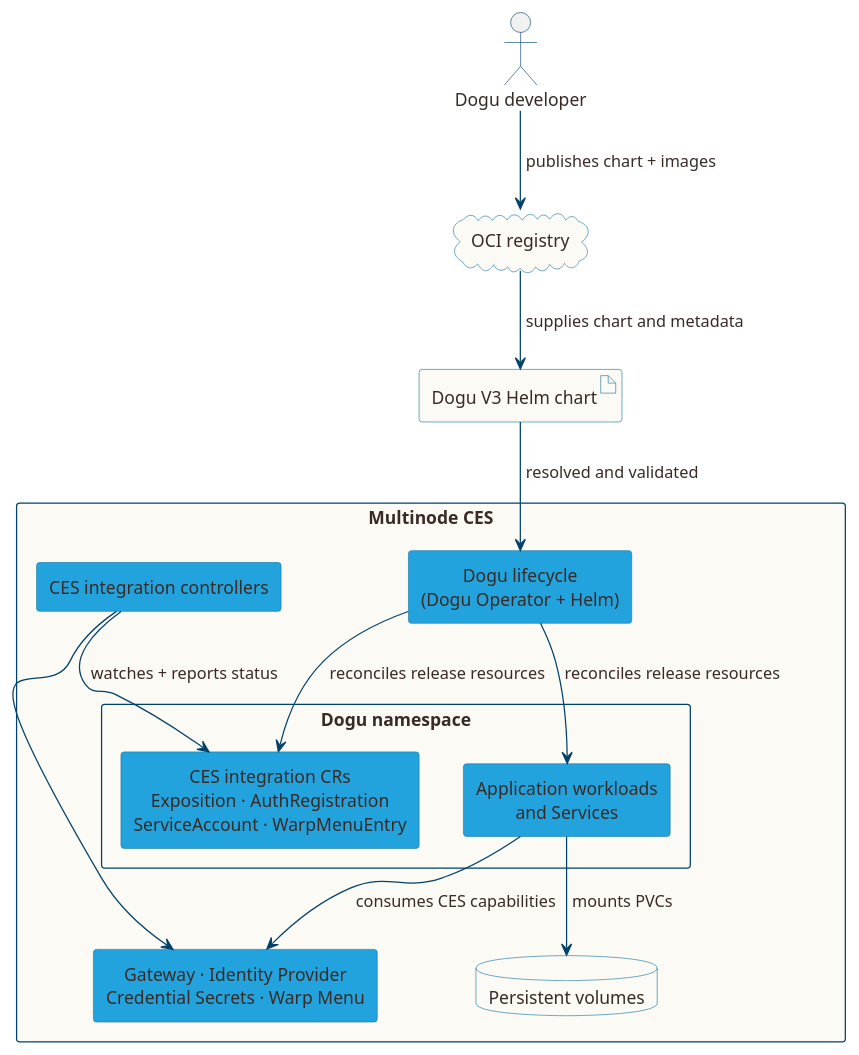
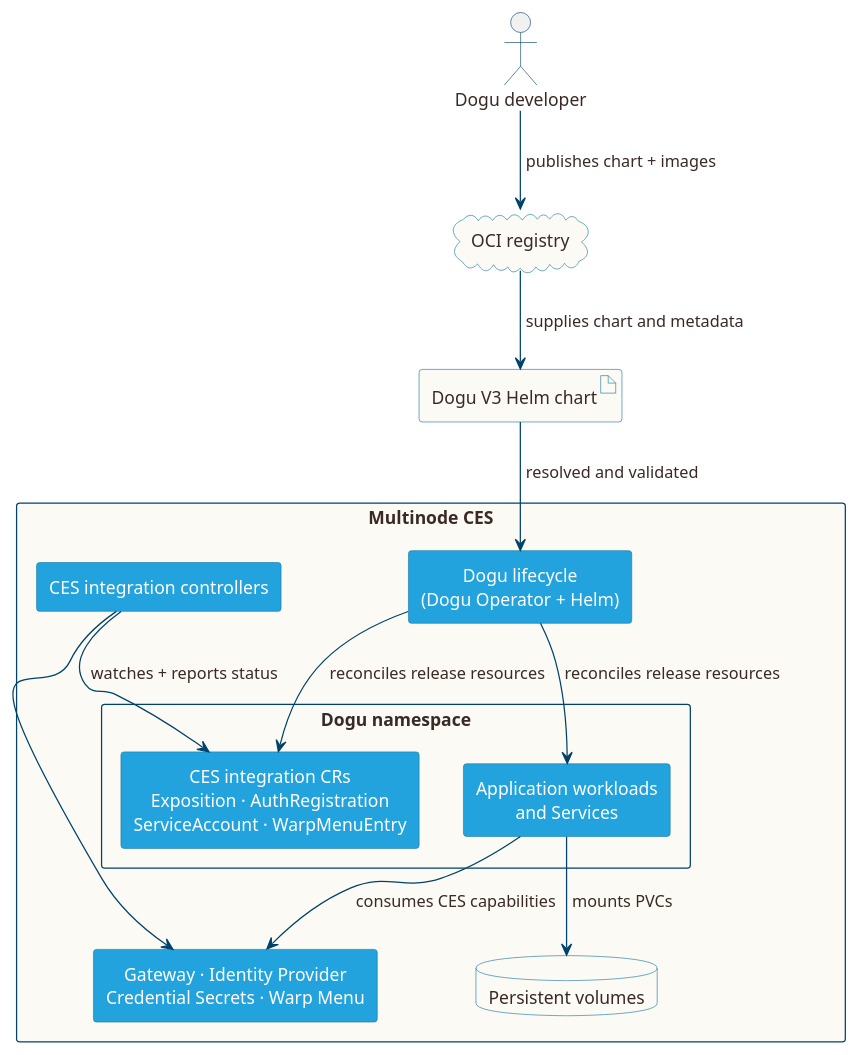
Before and after one commit to cloudogu/dogu-development-docs: the diagram in docs/v3/images/multinode-system-context.puml, drawn with PlantUML. The commit also changed 5 other files, not shown here.

Commit message:
#88 Use white font color for blue boxes in Multinode diagrams

```diff
--- a/docs/v3/images/multinode-system-context.puml
+++ b/docs/v3/images/multinode-system-context.puml
@@ -1,75 +1,75 @@
 @startuml
 skinparam backgroundColor white
 skinparam shadowing false
 skinparam componentStyle rectangle
 hide stereotype
 skinparam defaultTextAlignment center
 skinparam ArrowColor #00426B
 skinparam ArrowFontColor #392A25
 skinparam ActorBorderColor #00426B
 skinparam ActorFontColor #392A25
 skinparam rectangle {
   BackgroundColor #FCFAF4
   BorderColor #00426B
   FontColor #392A25
 }
 skinparam component {
   BackgroundColor #23A3DD
   BorderColor #1978A3
-  FontColor #392A25
+  FontColor #FFFFFF
 }
 skinparam cloud {
   BackgroundColor #FCFAF4
   BorderColor #1978A3
   FontColor #392A25
 }
 skinparam artifact {
   BackgroundColor #FCFAF4
   BorderColor #1978A3
   FontColor #392A25
 }
 skinparam database {
   BackgroundColor #FCFAF4
   BorderColor #1978A3
   FontColor #392A25
 }
 
 <style>
 arrow {
   Padding 5
 }
 rectangle {
   .doguNamespace {
     HorizontalAlignment left
   }
 }
 </style>
 
 actor "Dogu developer" as developer
 cloud "OCI registry" as registry
 artifact "Dogu V3 Helm chart" as chart
 
 rectangle "Multinode CES" {
   component "Dogu lifecycle\n(Dogu Operator + Helm)" as lifecycle
 
   rectangle "Dogu namespace" <<doguNamespace>> {
     component "Application workloads\nand Services" as workloads
     component "CES integration CRs\nExposition · AuthRegistration\nServiceAccount · WarpMenuEntry" as crs
   }
 
   component "CES integration controllers" as controllers
   component "Gateway · Identity Provider\nCredential Secrets · Warp Menu" as services
   database "Persistent volumes" as storage
 }
 
 developer --> registry : &#160;publishes chart + images
 registry --> chart : &#160;supplies chart and metadata
 chart --> lifecycle : &#160;resolved and validated
 lifecycle --> workloads : &#160;reconciles release resources
 lifecycle --> crs : &#160;reconciles release resources
 controllers --> crs : &#160;watches + reports status
 controllers --> services
 workloads --> storage : &#160;mounts PVCs
 workloads --> services : &#160;consumes CES capabilities
 
 @enduml
```
